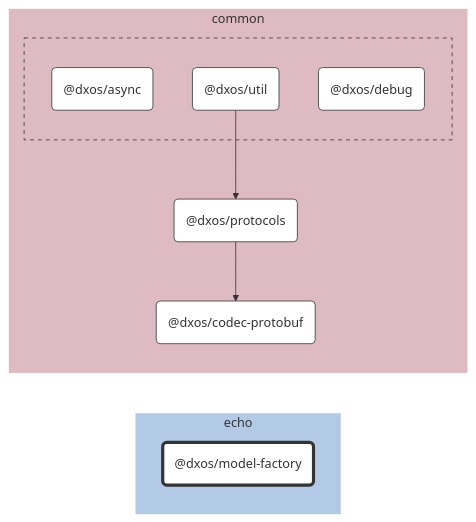
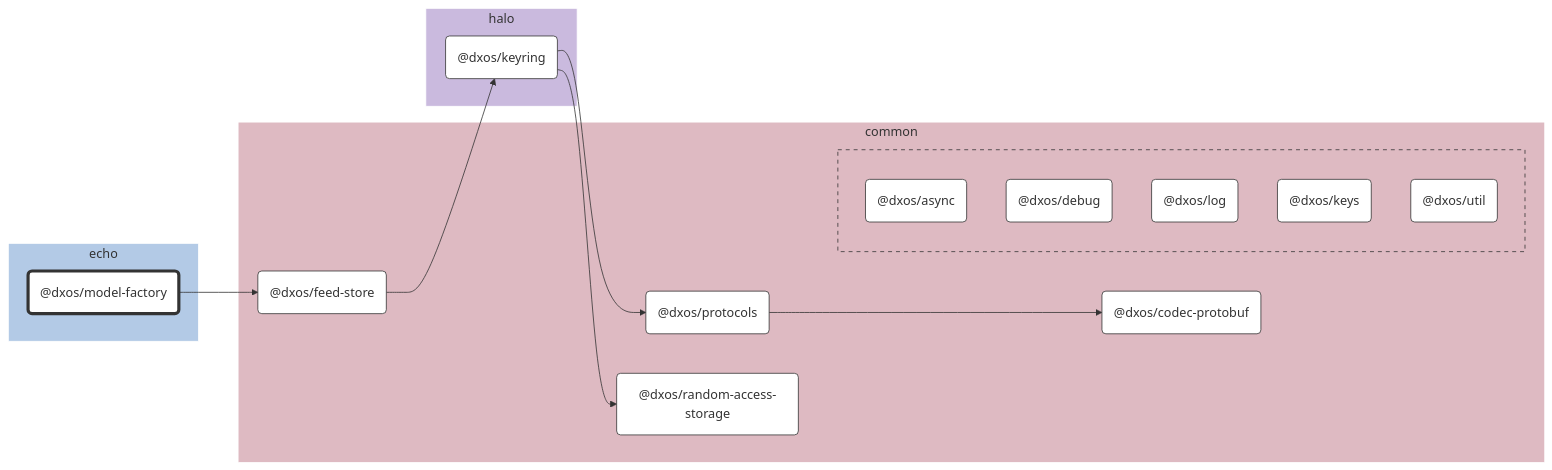
Before and after one commit to dxos/dxos: the diagram in packages/echo/model-factory/docs/README.md, drawn with Mermaid. The commit also changed other lines of this file and 52 other files, not shown here.

````diff
--- a/packages/echo/model-factory/docs/README.md
+++ b/packages/echo/model-factory/docs/README.md
@@ -7,40 +7,57 @@
 ```mermaid
 %%{ init: {'flowchart':{'curve':'basis'}} }%%
 
 flowchart LR
 
 %% Classes
 classDef def fill:#fff,stroke:#333,stroke-width:1px
 classDef root fill:#fff,stroke:#333,stroke-width:4px
 
 %% Nodes
 
 subgraph echo [echo]
   style echo fill:#b3cae6,stroke:#fff
   dxos/model-factory("@dxos/model-factory"):::root
   click dxos/model-factory "dxos/dxos/tree/main/packages/echo/model-factory/docs"
 end
 
 subgraph common [common]
   style common fill:#debac2,stroke:#fff
   dxos/codec-protobuf("@dxos/codec-protobuf"):::def
   click dxos/codec-protobuf "dxos/dxos/tree/main/packages/common/codec-protobuf/docs"
+  dxos/feed-store("@dxos/feed-store"):::def
+  click dxos/feed-store "dxos/dxos/tree/main/packages/common/feed-store/docs"
   dxos/protocols("@dxos/protocols"):::def
   click dxos/protocols "dxos/dxos/tree/main/packages/common/protocols/docs"
+  dxos/random-access-storage("@dxos/random-access-storage"):::def
+  click dxos/random-access-storage "dxos/dxos/tree/main/packages/common/random-access-storage/docs"
 
   subgraph common-excluded [ ]
     style common-excluded fill:#debac2,stroke:#333,stroke-dasharray:5 5
     dxos/async("@dxos/async"):::def
     click dxos/async "dxos/dxos/tree/main/packages/common/async/docs"
     dxos/debug("@dxos/debug"):::def
     click dxos/debug "dxos/dxos/tree/main/packages/common/debug/docs"
+    dxos/log("@dxos/log"):::def
+    click dxos/log "dxos/dxos/tree/main/packages/common/log/docs"
+    dxos/keys("@dxos/keys"):::def
+    click dxos/keys "dxos/dxos/tree/main/packages/common/keys/docs"
     dxos/util("@dxos/util"):::def
     click dxos/util "dxos/dxos/tree/main/packages/common/util/docs"
   end
 end
 
+subgraph halo [halo]
+  style halo fill:#cabade,stroke:#fff
+  dxos/keyring("@dxos/keyring"):::def
+  click dxos/keyring "dxos/dxos/tree/main/packages/halo/keyring/docs"
+end
+
 %% Links
 linkStyle default stroke:#333,stroke-width:1px
+dxos/model-factory --> dxos/feed-store
+dxos/feed-store --> dxos/keyring
+dxos/keyring --> dxos/protocols
 dxos/protocols --> dxos/codec-protobuf
-dxos/util --> dxos/protocols
+dxos/keyring --> dxos/random-access-storage
 ```
````
